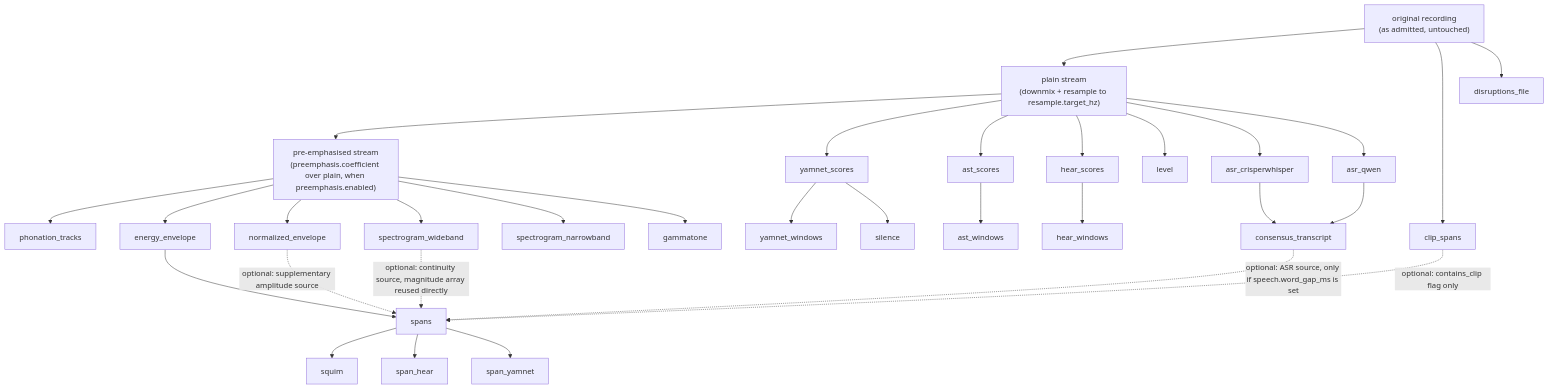
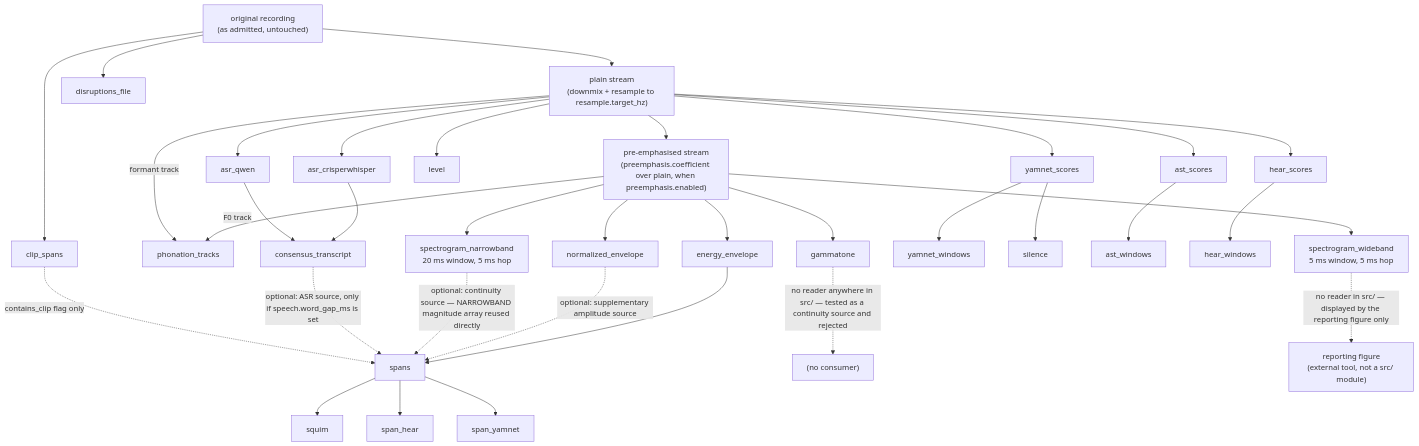
One commit to sensein/senselab changed the second of 2 diagrams in specs/20260817-triage-workflow-dag/dag.md. Above: the diagram before and after it, drawn with Mermaid. The commit also changed other lines of this file and 20 other files, not shown here.

````diff
--- a/specs/20260817-triage-workflow-dag/dag.md
+++ b/specs/20260817-triage-workflow-dag/dag.md
@@ -137,44 +148,48 @@
 ```mermaid
 flowchart TD
     original["original recording<br/>(as admitted, untouched)"]
     plain["plain stream<br/>(downmix + resample to resample.target_hz)"]
     preemphasised["pre-emphasised stream<br/>(preemphasis.coefficient over plain, when preemphasis.enabled)"]
 
     original --> plain
     plain --> preemphasised
 
     original --> clip_spans
     original --> disruptions_file
 
     plain --> yamnet_scores
     plain --> ast_scores
     plain --> hear_scores
     plain --> level
     plain --> asr_crisperwhisper
     plain --> asr_qwen
 
-    preemphasised --> phonation_tracks
+    preemphasised -->|"F0 track"| phonation_tracks
+    plain -->|"formant track"| phonation_tracks
     preemphasised --> energy_envelope
     preemphasised --> normalized_envelope
-    preemphasised --> spectrogram_wideband
-    preemphasised --> spectrogram_narrowband
+    preemphasised --> spectrogram_wideband["spectrogram_wideband<br/>5 ms window, 5 ms hop"]
+    preemphasised --> spectrogram_narrowband["spectrogram_narrowband<br/>20 ms window, 5 ms hop"]
     preemphasised --> gammatone
 
     yamnet_scores --> yamnet_windows
     yamnet_scores --> silence
     ast_scores --> ast_windows
     hear_scores --> hear_windows
 
     asr_crisperwhisper --> consensus_transcript
     asr_qwen --> consensus_transcript
 
     energy_envelope --> spans
     normalized_envelope -.->|"optional: supplementary amplitude source"| spans
-    spectrogram_wideband -.->|"optional: continuity source, magnitude array reused directly"| spans
+    spectrogram_narrowband -.->|"optional: continuity source — NARROWBAND magnitude array reused directly"| spans
     consensus_transcript -.->|"optional: ASR source, only if speech.word_gap_ms is set"| spans
-    clip_spans -.->|"optional: contains_clip flag only"| spans
+    clip_spans -.->|"contains_clip flag only"| spans
+
+    gammatone -.->|"no reader anywhere in src/ — tested as a continuity source and rejected"| nothing_gam["(no consumer)"]
+    spectrogram_wideband -.->|"no reader in src/ — displayed by the reporting figure only"| figure["reporting figure<br/>(external tool, not a src/ module)"]
 
     spans --> squim
     spans --> span_hear
     spans --> span_yamnet
 ```
````
